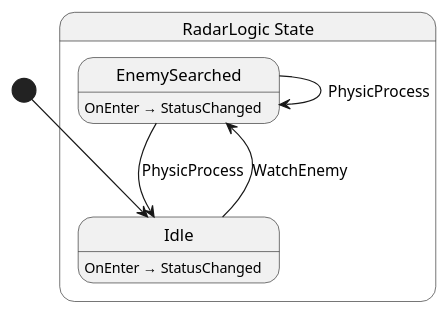
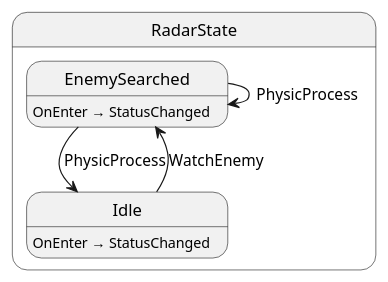
One commit to Ygoat/EternalJourney changed the diagram in src/radar/state/RadarLogic.g.puml. Above: the diagram before and after it, drawn with PlantUML. The commit also changed 56 other files, not shown here.

```diff
--- a/src/radar/state/RadarLogic.g.puml
+++ b/src/radar/state/RadarLogic.g.puml
@@ -1,15 +1,13 @@
-@startuml RadarLogic
-state "RadarLogic State" as EternalJourney_Radar_State_RadarLogic_State {
-  state "EnemySearched" as EternalJourney_Radar_State_RadarLogic_State_EnemySearched
-  state "Idle" as EternalJourney_Radar_State_RadarLogic_State_Idle
+@startuml RadarState
+state "RadarState" as EternalJourney_Radar_State_RadarState {
+  state "EnemySearched" as EternalJourney_Radar_State_RadarState_EnemySearched
+  state "Idle" as EternalJourney_Radar_State_RadarState_Idle
 }
 
-EternalJourney_Radar_State_RadarLogic_State_EnemySearched --> EternalJourney_Radar_State_RadarLogic_State_EnemySearched : PhysicProcess
-EternalJourney_Radar_State_RadarLogic_State_EnemySearched --> EternalJourney_Radar_State_RadarLogic_State_Idle : PhysicProcess
-EternalJourney_Radar_State_RadarLogic_State_Idle --> EternalJourney_Radar_State_RadarLogic_State_EnemySearched : WatchEnemy
+EternalJourney_Radar_State_RadarState_EnemySearched --> EternalJourney_Radar_State_RadarState_EnemySearched : PhysicProcess
+EternalJourney_Radar_State_RadarState_EnemySearched --> EternalJourney_Radar_State_RadarState_Idle : PhysicProcess
+EternalJourney_Radar_State_RadarState_Idle --> EternalJourney_Radar_State_RadarState_EnemySearched : WatchEnemy
 
-EternalJourney_Radar_State_RadarLogic_State_EnemySearched : OnEnter → StatusChanged
-EternalJourney_Radar_State_RadarLogic_State_Idle : OnEnter → StatusChanged
-
-[*] --> EternalJourney_Radar_State_RadarLogic_State_Idle
+EternalJourney_Radar_State_RadarState_EnemySearched : OnEnter → StatusChanged
+EternalJourney_Radar_State_RadarState_Idle : OnEnter → StatusChanged
 @enduml
```
